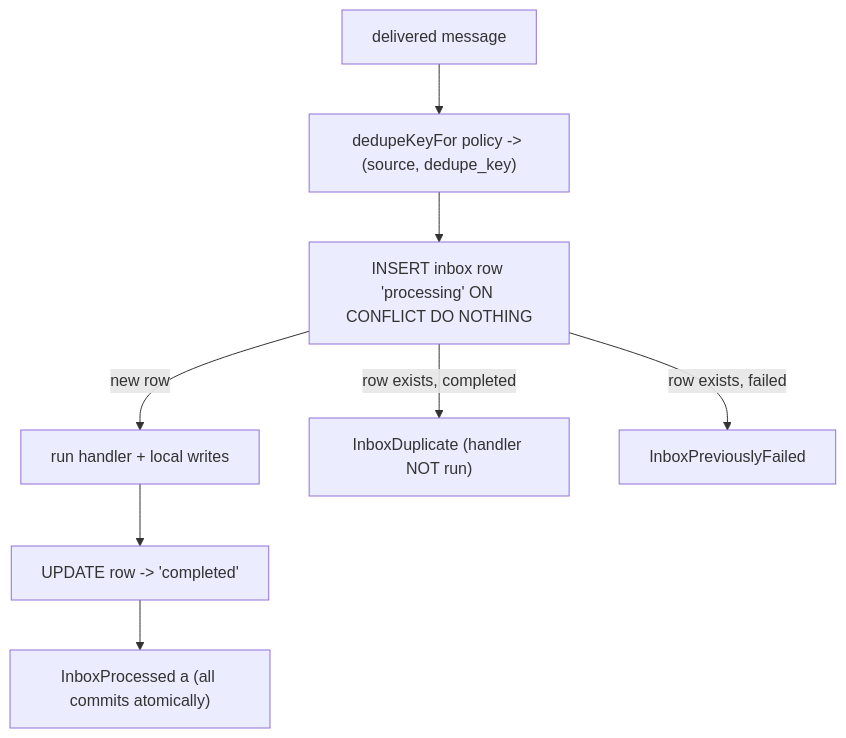
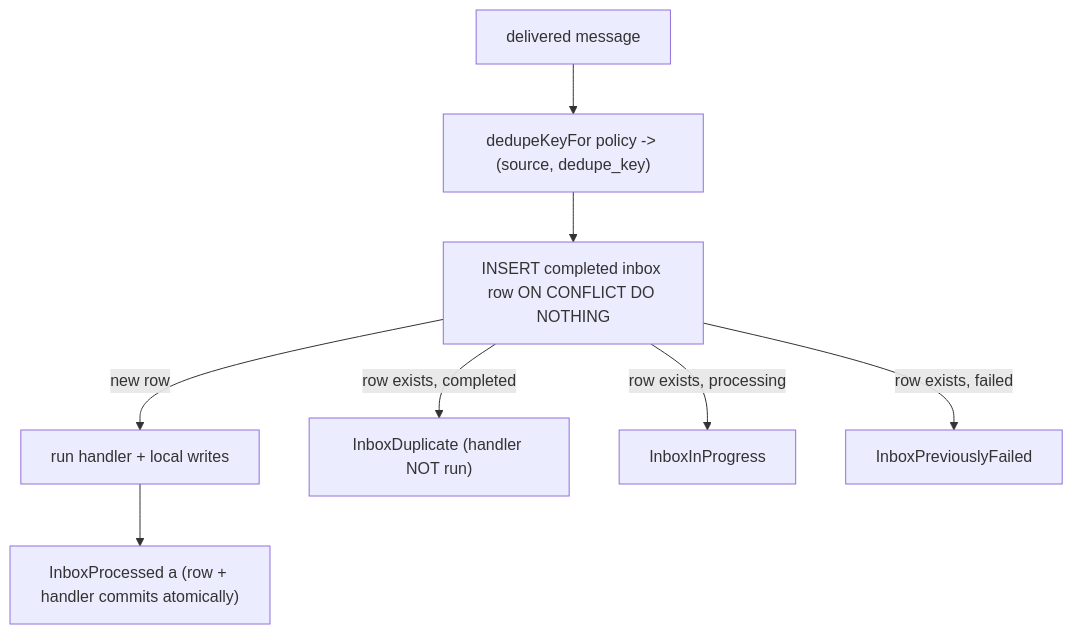
The first of 2 diagrams in content/docs/keiro/explanation/the-inbox-pattern.mdx (shinzui/keiro-runtime-docs), drawn with Mermaid before and after one commit. The commit also changed other lines of this file and 15 other files, not shown here.

````diff
--- a/content/docs/keiro/explanation/the-inbox-pattern.mdx
+++ b/content/docs/keiro/explanation/the-inbox-pattern.mdx
@@ -26,10 +26,10 @@
 ```mermaid
 flowchart TD
   M["delivered message"] --> K["dedupeKeyFor policy -> (source, dedupe_key)"]
-  K --> I["INSERT inbox row 'processing' ON CONFLICT DO NOTHING"]
+  K --> I["INSERT completed inbox row ON CONFLICT DO NOTHING"]
   I -->|new row| H["run handler + local writes"]
-  H --> C["UPDATE row -> 'completed'"]
-  C --> OK["InboxProcessed a (all commits atomically)"]
+  H --> OK["InboxProcessed a (row + handler commits atomically)"]
   I -->|row exists, completed| D["InboxDuplicate (handler NOT run)"]
+  I -->|row exists, processing| P["InboxInProgress"]
   I -->|row exists, failed| F["InboxPreviouslyFailed"]
 ```
````
